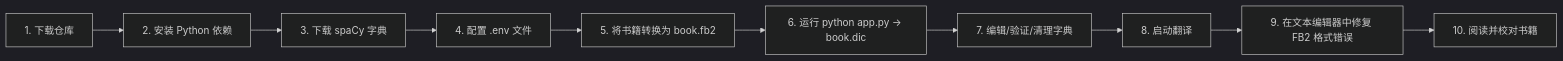
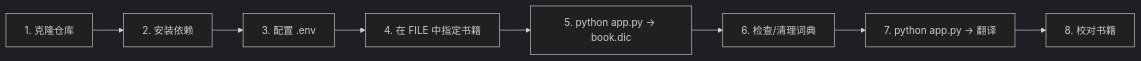
Before and after one commit to NW15D/sunny-narrator: the diagram in README_CN.md, drawn with Mermaid (dark theme). The commit also changed other lines of this file and 14 other files, not shown here.

````diff
--- a/README_CN.md
+++ b/README_CN.md
@@ -14,12 +27,10 @@
 ```mermaid
 flowchart LR
-    A[1. 下载仓库] --> B[2. 安装 Python 依赖]
-    B --> C[3. 下载 spaCy 字典]
-    C --> D[4. 配置 .env 文件]
-    D --> E[5. 将书籍转换为 book.fb2]
-    E --> F[6. 运行 python app.py → book.dic]
-    F --> G[7. 编辑/验证/清理字典]
-    G --> H[8. 启动翻译]
-    H --> I[9. 在文本编辑器中修复 FB2 格式错误]
-    I --> J[10. 阅读并校对书籍]
+    A[1. 克隆仓库] --> B[2. 安装依赖]
+    B --> C[3. 配置 .env]
+    C --> D[4. 在 FILE 中指定书籍]
+    D --> E[5. python app.py → book.dic]
+    E --> F[6. 检查/清理词典]
+    F --> G[7. python app.py → 翻译]
+    G --> H[8. 校对书籍]
 ```
````
